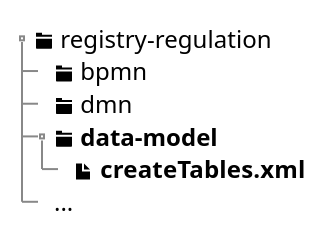
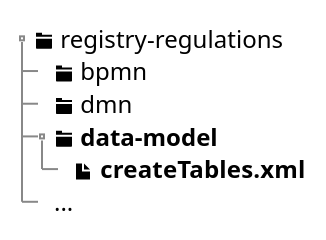
One commit to epam/edp-ddm-architecture changed the first of 2 diagrams in docs/ua/modules/registry-develop/pages/data-modeling/data/physical-model/liquibase-ddm-ext.adoc. Above: the diagram before and after it, drawn with PlantUML. The commit also changed 15 other files, not shown here.

```diff
--- a/docs/ua/modules/registry-develop/pages/data-modeling/data/physical-model/liquibase-ddm-ext.adoc
+++ b/docs/ua/modules/registry-develop/pages/data-modeling/data/physical-model/liquibase-ddm-ext.adoc
@@ -51,15 +51,15 @@
 [plantuml, create-tables-regulation-structure, svg]
 ----
 @startsalt
 {
 {T
-+ <&folder> registry-regulation
++ <&folder> registry-regulations
 ++ <&folder> bpmn
 ++ <&folder> dmn
 ++ <&folder> <b>data-model</b>
 +++ <&file> <b>createTables.xml</b>
 ++ ...
 }
 }
 @endsalt
 ----
```
